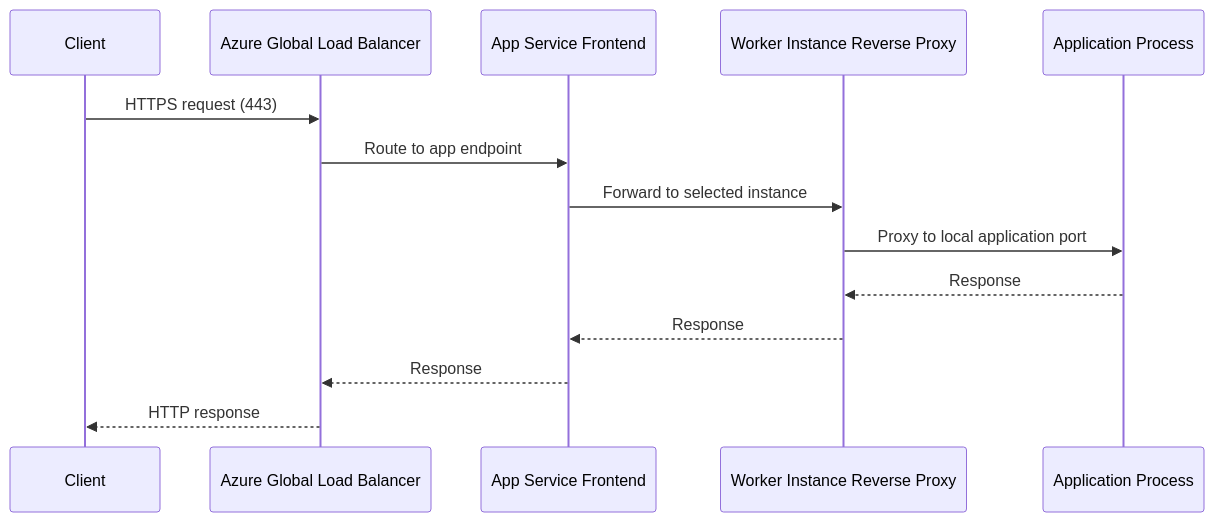
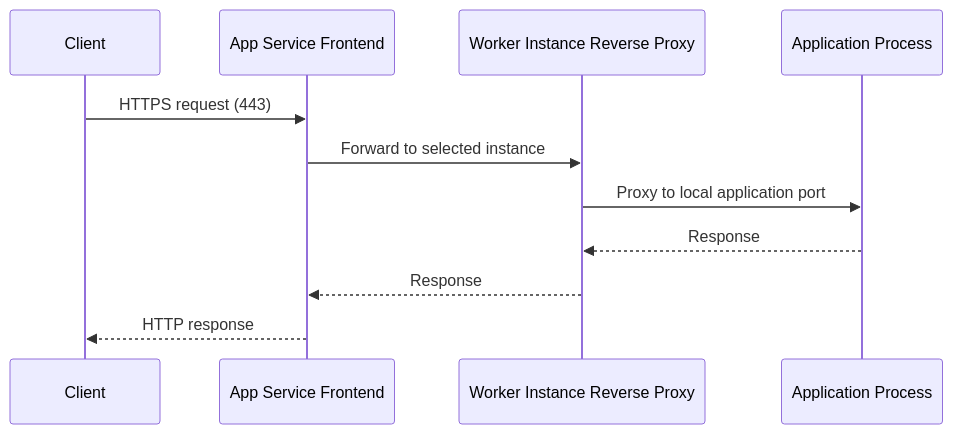
The first of 2 diagrams in docs/platform/request-lifecycle.md (yeongseon/azure-app-service-practical-guide), drawn with Mermaid before and after one commit. The commit also changed other lines of this file and 51 other files, not shown here.

First line of the commit message:
feat: add MSLearn source attribution to all mermaid diagrams

````diff
--- a/docs/platform/request-lifecycle.md
+++ b/docs/platform/request-lifecycle.md
@@ -37,17 +50,14 @@
 ```mermaid
 sequenceDiagram
     participant Client as Client
-    participant GLB as Azure Global Load Balancer
     participant FE as App Service Frontend
     participant Worker as Worker Instance Reverse Proxy
     participant App as Application Process
 
-    Client->>GLB: HTTPS request (443)
-    GLB->>FE: Route to app endpoint
+    Client->>FE: HTTPS request (443)
     FE->>Worker: Forward to selected instance
     Worker->>App: Proxy to local application port
     App-->>Worker: Response
     Worker-->>FE: Response
-    FE-->>GLB: Response
-    GLB-->>Client: HTTP response
+    FE-->>Client: HTTP response
 ```
````
